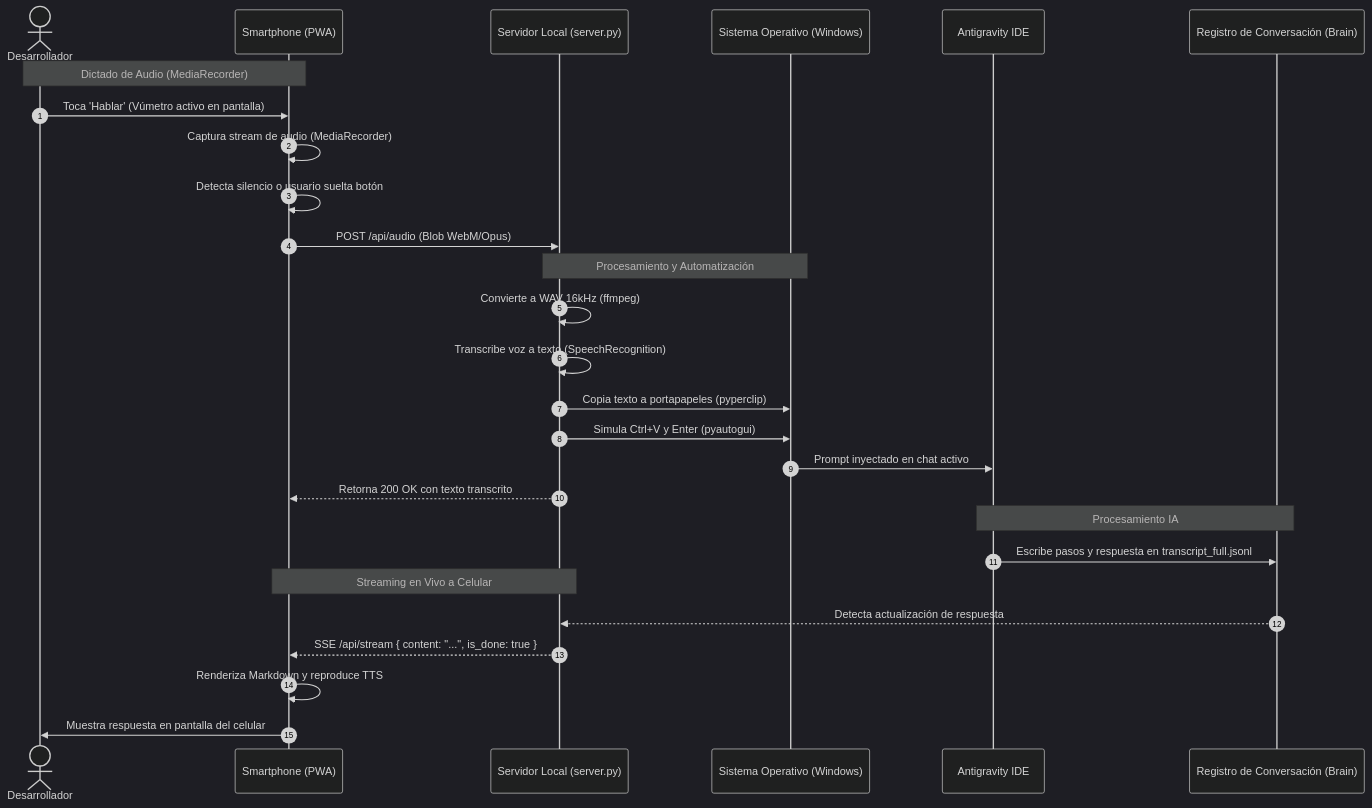
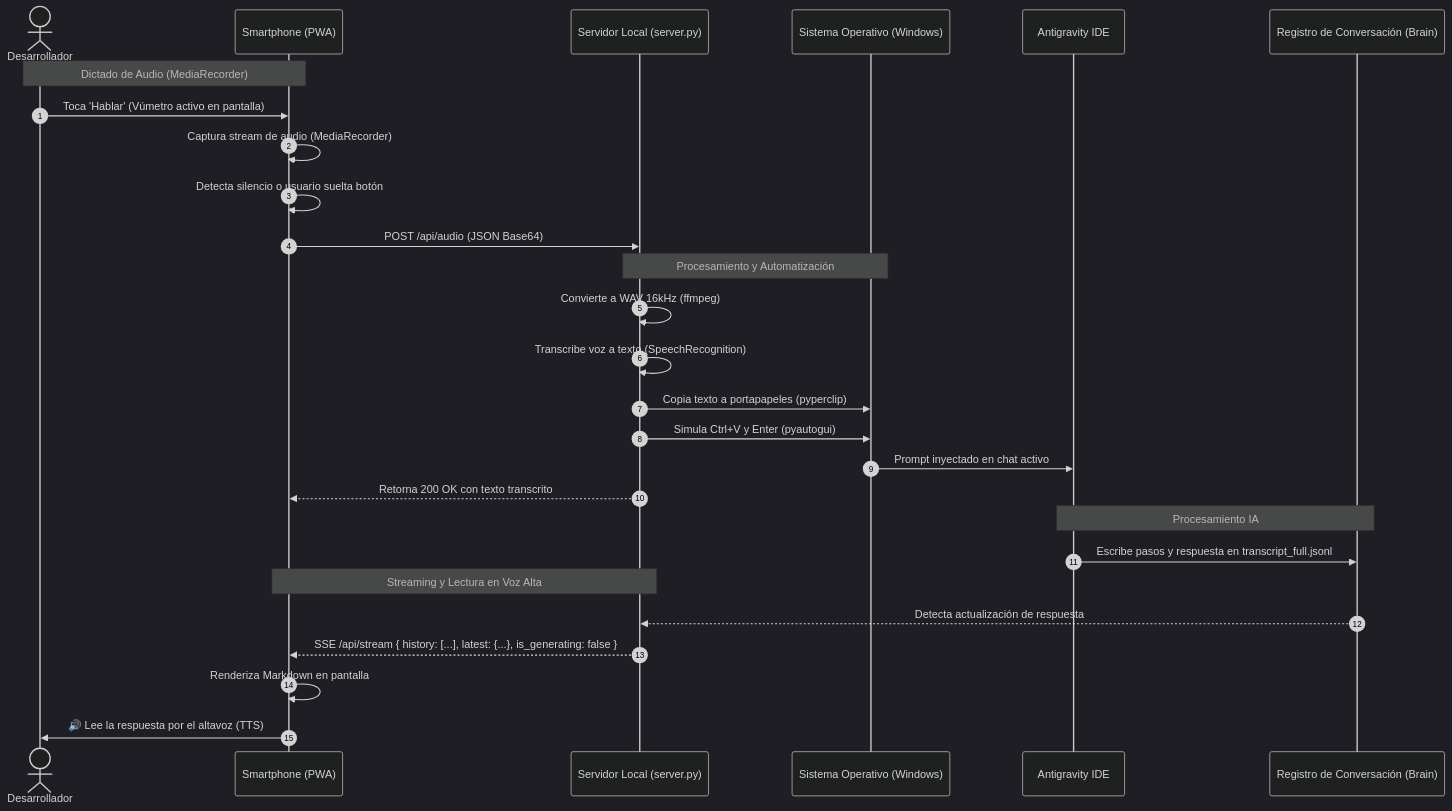
Before and after one commit to jbastardo/web-tecnoservicio: the diagram in Antispeech/mapa_conceptual.md, drawn with Mermaid (dark theme). The commit also changed other lines of this file and 2 other files, not shown here.

Commit message:
docs: update mapa conceptual con historial completo de chat y lectura automatica de respuestas TTS

````diff
--- a/Antispeech/mapa_conceptual.md
+++ b/Antispeech/mapa_conceptual.md
@@ -26,33 +24,33 @@
 ```mermaid
 sequenceDiagram
     autonumber
     actor Dev as Desarrollador
     participant Phone as Smartphone (PWA)
     participant Server as Servidor Local (server.py)
     participant OS as Sistema Operativo (Windows)
     participant IDE as Antigravity IDE
     participant Brain as Registro de Conversación (Brain)
 
     Note over Dev,Phone: Dictado de Audio (MediaRecorder)
     Dev->>Phone: Toca 'Hablar' (Vúmetro activo en pantalla)
     Phone->>Phone: Captura stream de audio (MediaRecorder)
     Phone->>Phone: Detecta silencio o usuario suelta botón
-    Phone->>Server: POST /api/audio (Blob WebM/Opus)
+    Phone->>Server: POST /api/audio (JSON Base64)
     
     Note over Server,OS: Procesamiento y Automatización
     Server->>Server: Convierte a WAV 16kHz (ffmpeg)
     Server->>Server: Transcribe voz a texto (SpeechRecognition)
     Server->>OS: Copia texto a portapapeles (pyperclip)
     Server->>OS: Simula Ctrl+V y Enter (pyautogui)
     OS->>IDE: Prompt inyectado en chat activo
     Server-->>Phone: Retorna 200 OK con texto transcrito
     
     Note over IDE,Brain: Procesamiento IA
     IDE->>Brain: Escribe pasos y respuesta en transcript_full.jsonl
     
-    Note over Server,Phone: Streaming en Vivo a Celular
+    Note over Server,Phone: Streaming y Lectura en Voz Alta
     Brain-->>Server: Detecta actualización de respuesta
-    Server-->>Phone: SSE /api/stream { content: "...", is_done: true }
-    Phone->>Phone: Renderiza Markdown y reproduce TTS
-    Phone->>Dev: Muestra respuesta en pantalla del celular
+    Server-->>Phone: SSE /api/stream { history: [...], latest: {...}, is_generating: false }
+    Phone->>Phone: Renderiza Markdown en pantalla
+    Phone->>Dev: 🔊 Lee la respuesta por el altavoz (TTS)
 ```
````
